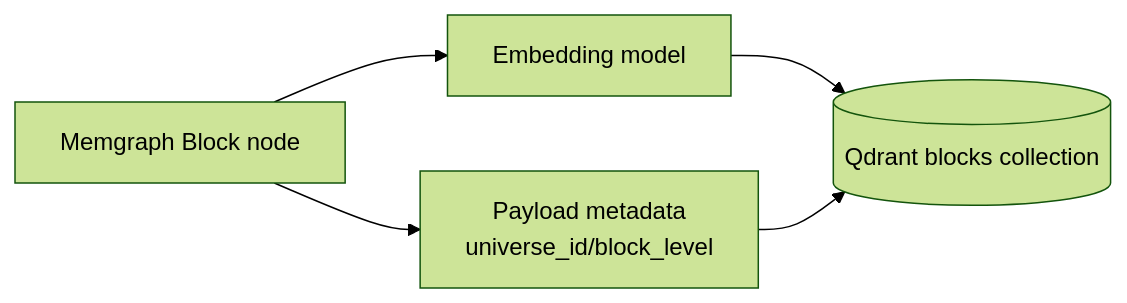
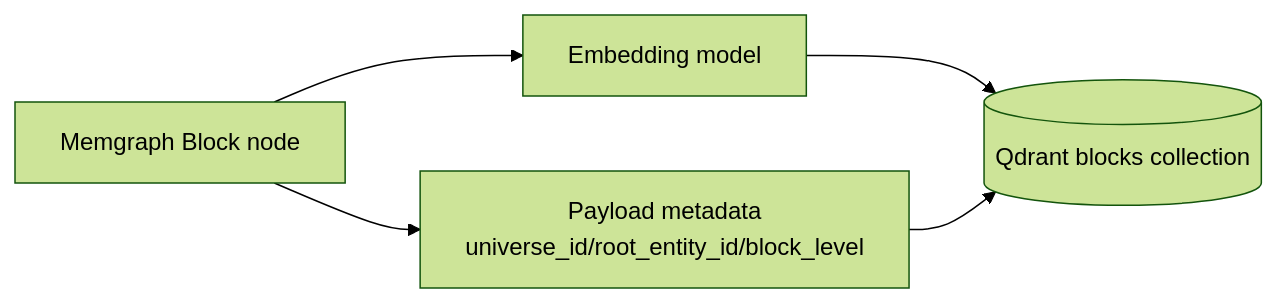
The second of 2 diagrams in docs/knowledge/graph-schema.md (sbischoff-ai/exobrain), drawn with Mermaid (forest theme) before and after one commit. The commit also changed other lines of this file and 7 other files, not shown here.

Commit message:
feat(knowledge): validate graph topology and infer block roots

````diff
--- a/docs/knowledge/graph-schema.md
+++ b/docs/knowledge/graph-schema.md
@@ -83,7 +83,7 @@
 ```mermaid
 flowchart LR
   MG[Memgraph Block node] --> EMB[Embedding model]
   EMB --> Q[(Qdrant blocks collection)]
-  MG --> META[Payload metadata\nuniverse_id/block_level]
+  MG --> META[Payload metadata\nuniverse_id/root_entity_id/block_level]
   META --> Q
 ```
````
